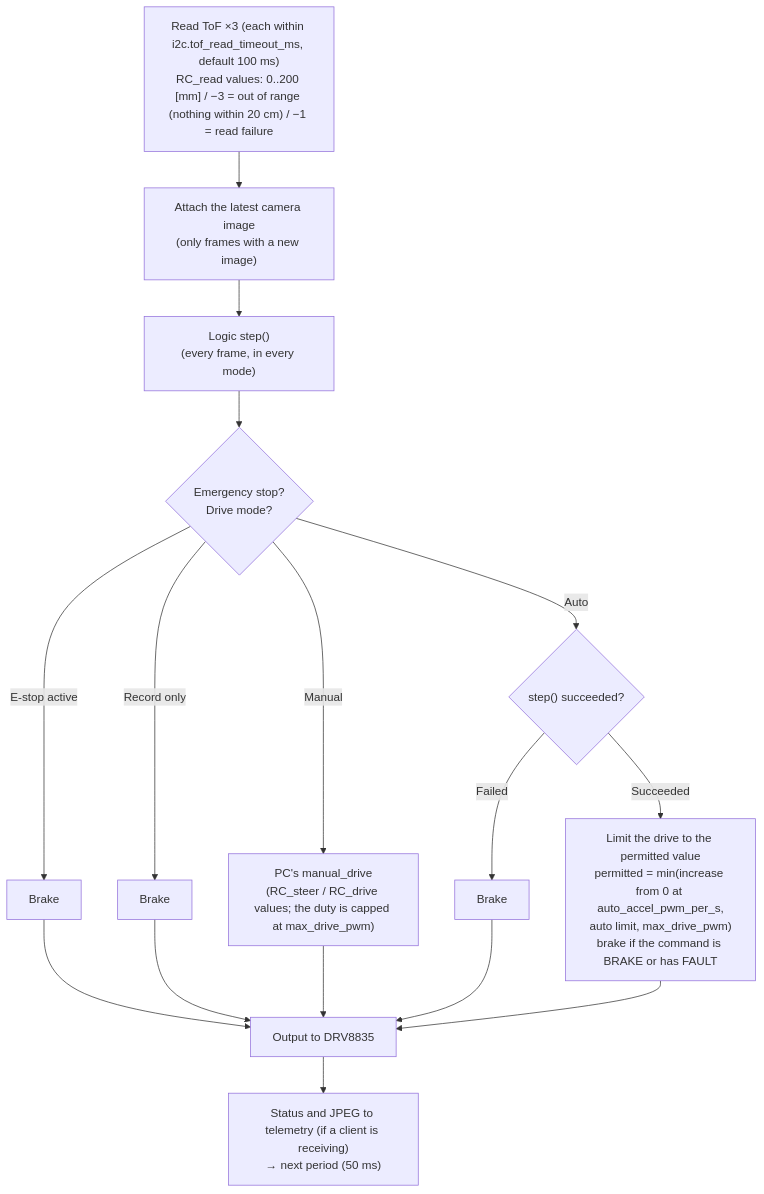
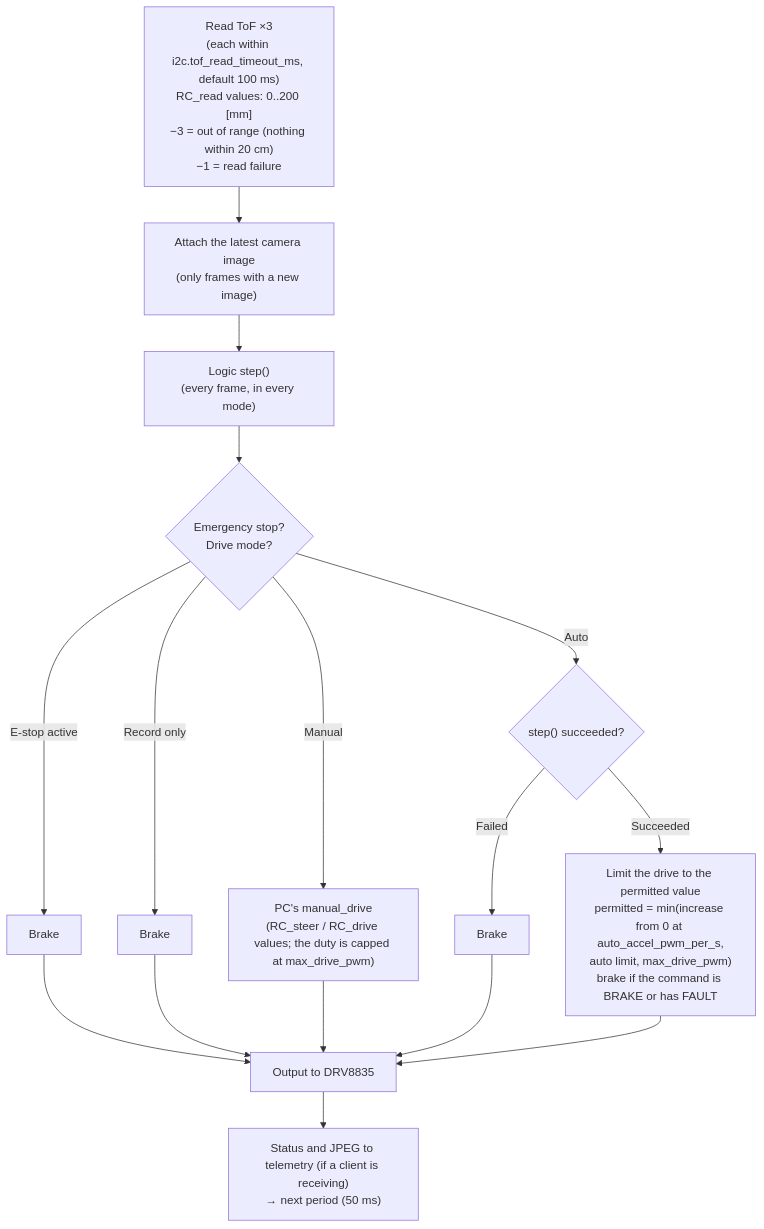
One commit to RumiCar-group/RumiCar-Zero2Cam changed the diagram in docs/figures/en/10-frame.mmd. Above: the diagram before and after it, drawn with Mermaid. The commit also changed 8 other files, not shown here.

```diff
--- a/docs/figures/en/10-frame.mmd
+++ b/docs/figures/en/10-frame.mmd
@@ -1,16 +1,16 @@
 flowchart TD
-    A["Read ToF ×3 (each within i2c.tof_read_timeout_ms, default 100 ms)<br/>RC_read values: 0..200 [mm] / −3 = out of range (nothing within 20 cm) / −1 = read failure"] --> B["Attach the latest camera image<br/>(only frames with a new image)"]
+    A["Read ToF ×3<br/>(each within i2c.tof_read_timeout_ms, default 100 ms)<br/>RC_read values: 0..200 [mm]<br/>−3 = out of range (nothing within 20 cm)<br/>−1 = read failure"] --> B["Attach the latest camera image<br/>(only frames with a new image)"]
     B --> C["Logic step()<br/>(every frame, in every mode)"]
     C --> E{"Emergency stop?<br/>Drive mode?"}
     E -->|"E-stop active"| B1["Brake"]
     E -->|"Record only"| B2["Brake"]
     E -->|"Manual"| H["PC's manual_drive<br/>(RC_steer / RC_drive values; the duty is capped at max_drive_pwm)"]
     E -->|"Auto"| F{"step() succeeded?"}
     F -->|"Failed"| B3["Brake"]
     F -->|"Succeeded"| G["Limit the drive to the permitted value<br/>permitted = min(increase from 0 at auto_accel_pwm_per_s,<br/>auto limit, max_drive_pwm)<br/>brake if the command is BRAKE or has FAULT"]
     B1 --> MO["Output to DRV8835"]
     B2 --> MO
     B3 --> MO
     H --> MO
     G --> MO
     MO --> T["Status and JPEG to telemetry (if a client is receiving)<br/>→ next period (50 ms)"]
```
